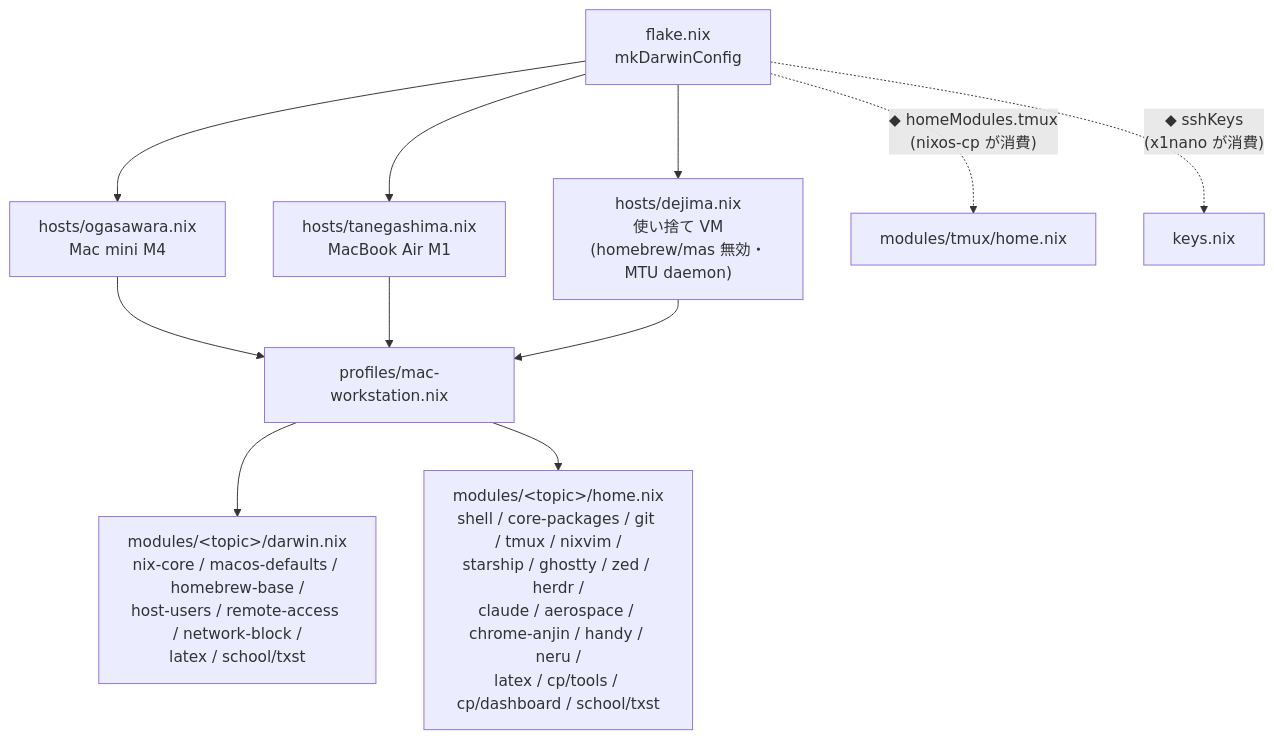
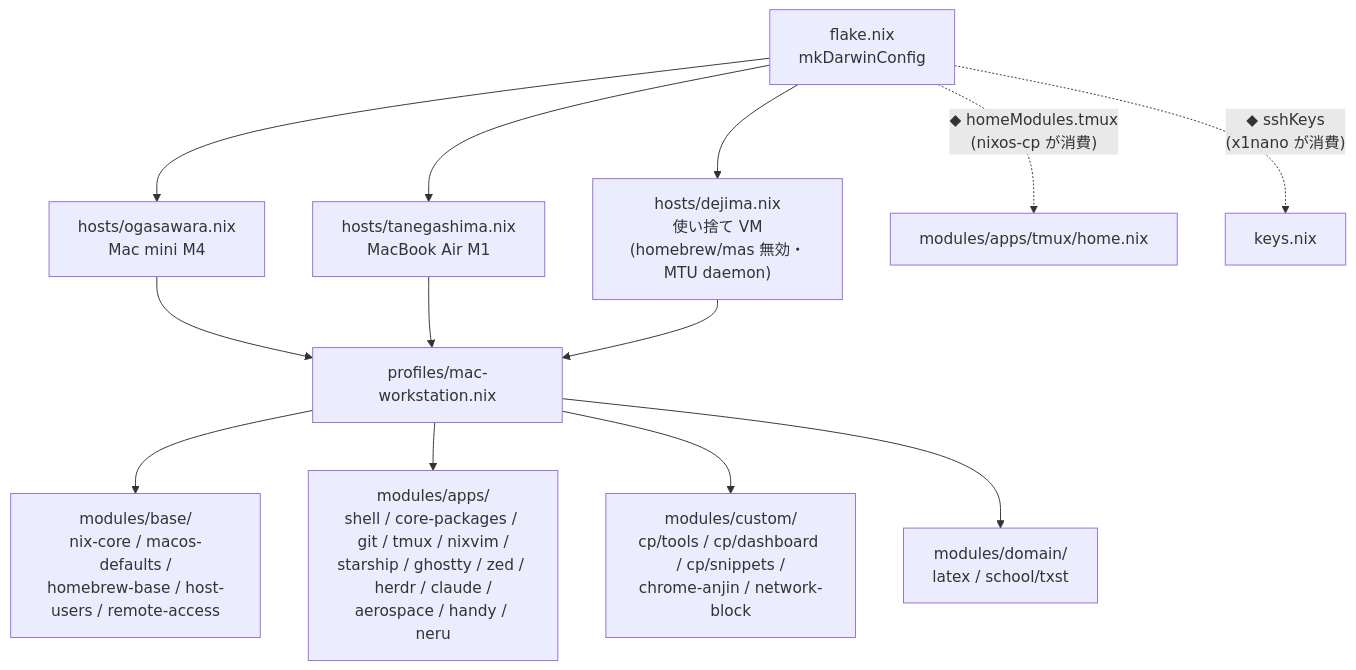
Before and after one commit to MeJamoLeo/nix-darwin-conf: the first of 2 diagrams in README.md, drawn with Mermaid. The commit also changed other lines of this file and 70 other files, not shown here.

First line of the commit message:
refactor(modules): 種別軸ツリーへ再編（base/apps/custom/domain）

````diff
--- a/README.md
+++ b/README.md
@@ -24,16 +34,18 @@
 ```mermaid
 graph TD
     flake["flake.nix<br/>mkDarwinConfig"] --> ogasawara["hosts/ogasawara.nix<br/>Mac mini M4"]
     flake --> tanegashima["hosts/tanegashima.nix<br/>MacBook Air M1"]
     flake --> dejima["hosts/dejima.nix<br/>使い捨て VM<br/>(homebrew/mas 無効・MTU daemon)"]
 
     ogasawara --> profile["profiles/mac-workstation.nix"]
     tanegashima --> profile
     dejima --> profile
 
-    profile --> sys["modules/&lt;topic&gt;/darwin.nix<br/>nix-core / macos-defaults / homebrew-base /<br/>host-users / remote-access / network-block /<br/>latex / school/txst"]
-    profile --> usr["modules/&lt;topic&gt;/home.nix<br/>shell / core-packages / git / tmux / nixvim /<br/>starship / ghostty / zed / herdr /<br/>claude / aerospace / chrome-anjin / handy / neru /<br/>latex / cp/tools / cp/dashboard / school/txst"]
+    profile --> base["modules/base/<br/>nix-core / macos-defaults /<br/>homebrew-base / host-users / remote-access"]
+    profile --> apps["modules/apps/<br/>shell / core-packages / git / tmux / nixvim /<br/>starship / ghostty / zed / herdr / claude /<br/>aerospace / handy / neru"]
+    profile --> custom["modules/custom/<br/>cp/tools / cp/dashboard / cp/snippets /<br/>chrome-anjin / network-block"]
+    profile --> domain["modules/domain/<br/>latex / school/txst"]
 
-    flake -. "◆ homeModules.tmux<br/>(nixos-cp が消費)" .-> tmux["modules/tmux/home.nix"]
+    flake -. "◆ homeModules.tmux<br/>(nixos-cp が消費)" .-> tmux["modules/apps/tmux/home.nix"]
     flake -. "◆ sshKeys<br/>(x1nano が消費)" .-> keys["keys.nix"]
 ```
````
